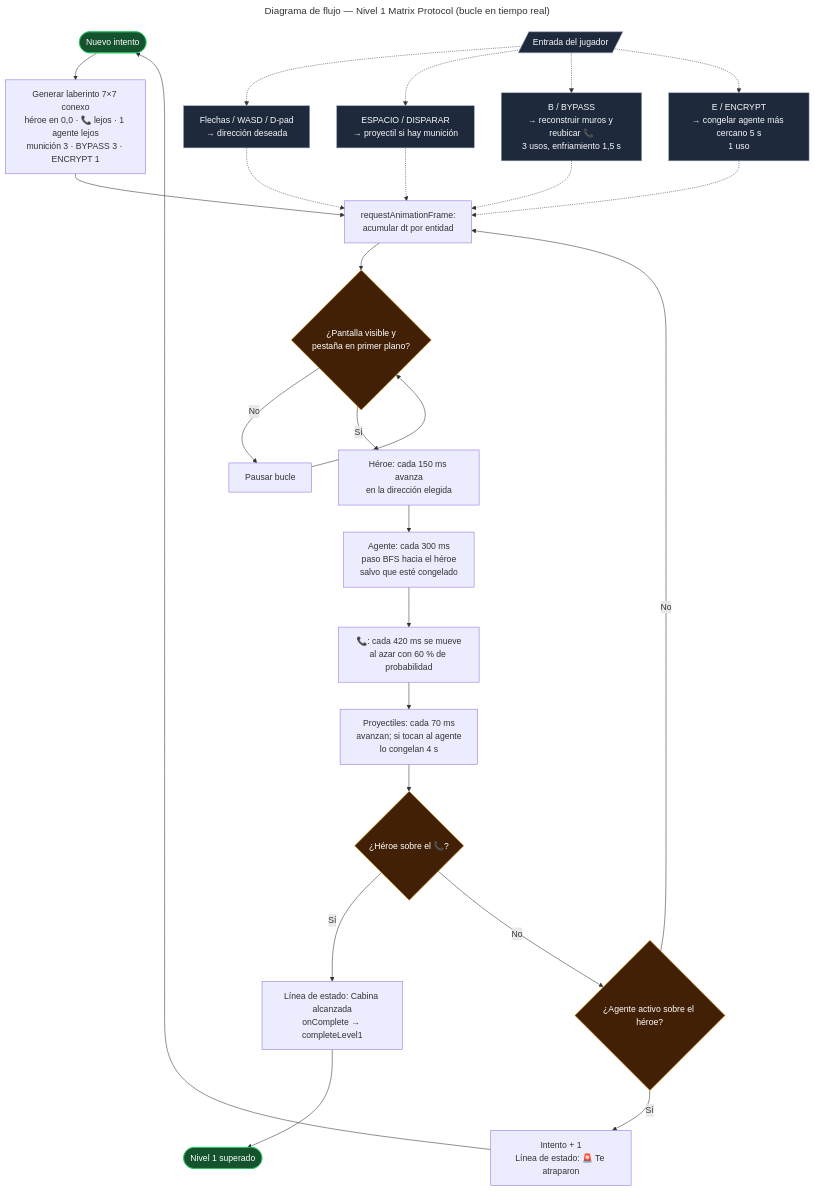
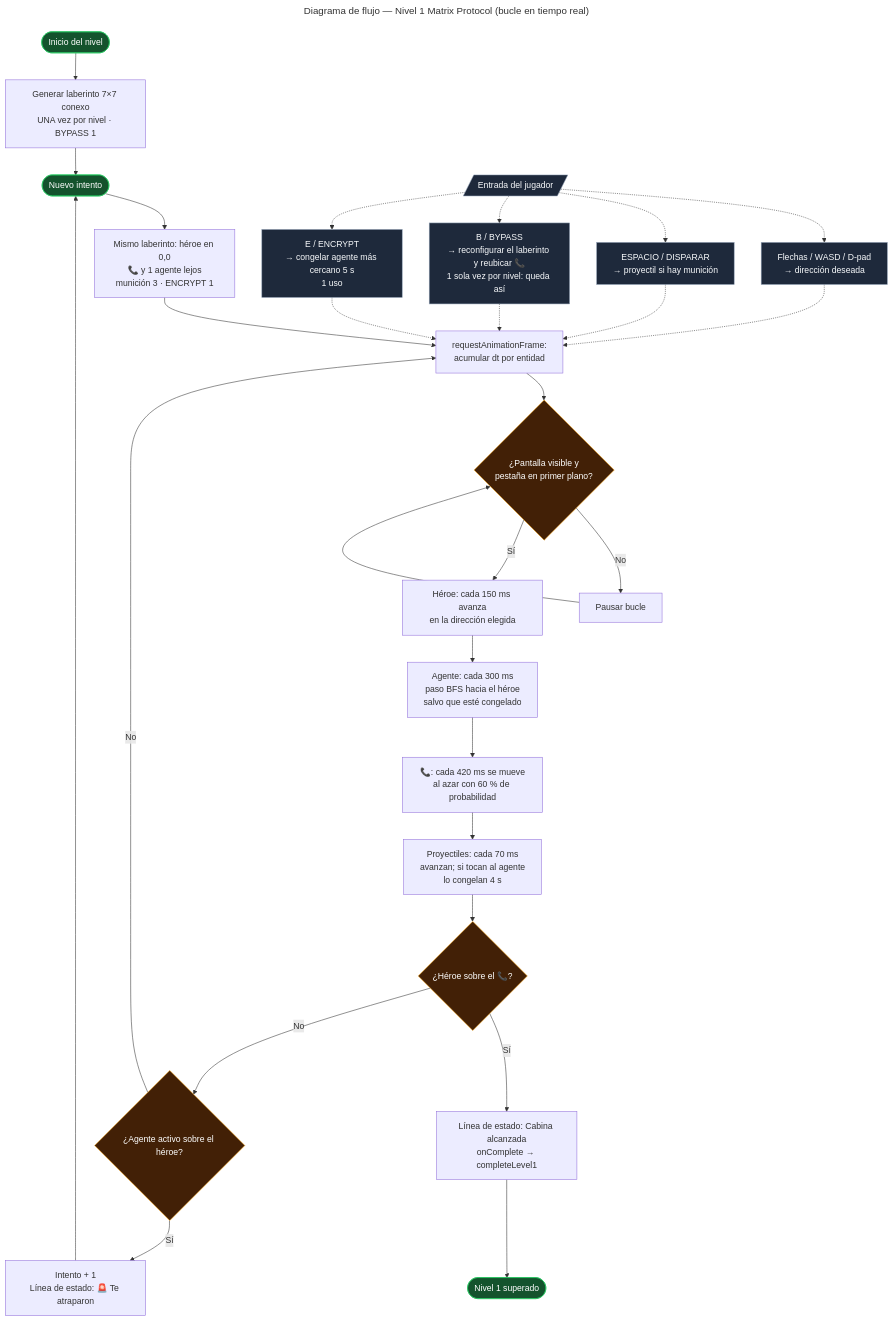
Before and after one commit to morphine75/escape_room: the diagram in docs/diagramas/fuentes/06-flujo-nivel1.mmd, drawn with Mermaid. The commit also changed 33 other files, not shown here.

```diff
--- a/docs/diagramas/fuentes/06-flujo-nivel1.mmd
+++ b/docs/diagramas/fuentes/06-flujo-nivel1.mmd
@@ -1,30 +1,32 @@
 ---
 title: Diagrama de flujo — Nivel 1 Matrix Protocol (bucle en tiempo real)
 ---
 flowchart TD
-  A([Nuevo intento]) --> G[Generar laberinto 7×7 conexo<br/>héroe en 0,0 · 📞 lejos · 1 agente lejos<br/>munición 3 · BYPASS 3 · ENCRYPT 1]
+  S0([Inicio del nivel]) --> GEN[Generar laberinto 7×7 conexo<br/>UNA vez por nivel · BYPASS 1]
+  GEN --> A([Nuevo intento])
+  A --> G[Mismo laberinto: héroe en 0,0<br/>📞 y 1 agente lejos<br/>munición 3 · ENCRYPT 1]
   G --> F[requestAnimationFrame:<br/>acumular dt por entidad]
   F --> V{¿Pantalla visible y<br/>pestaña en primer plano?}
   V -- No --> P[Pausar bucle] --> V
   V -- Sí --> H[Héroe: cada 150 ms avanza<br/>en la dirección elegida]
   H --> AG[Agente: cada 300 ms<br/>paso BFS hacia el héroe<br/>salvo que esté congelado]
   AG --> PH[📞: cada 420 ms se mueve<br/>al azar con 60 % de probabilidad]
   PH --> PR[Proyectiles: cada 70 ms<br/>avanzan; si tocan al agente<br/>lo congelan 4 s]
   PR --> C1{¿Héroe sobre el 📞?}
   C1 -- Sí --> WIN[Línea de estado: Cabina alcanzada<br/>onComplete → completeLevel1] --> FIN([Nivel 1 superado])
   C1 -- No --> C2{¿Agente activo sobre el héroe?}
   C2 -- Sí --> CAUGHT[Intento + 1<br/>Línea de estado: 🚨 Te atraparon] --> A
   C2 -- No --> F
 
   IN[/Entrada del jugador/] -.-> D1[Flechas / WASD / D-pad<br/>→ dirección deseada]
   IN -.-> D2[ESPACIO / DISPARAR<br/>→ proyectil si hay munición]
-  IN -.-> D3[B / BYPASS<br/>→ reconstruir muros y reubicar 📞<br/>3 usos, enfriamiento 1,5 s]
+  IN -.-> D3[B / BYPASS<br/>→ reconfigurar el laberinto y reubicar 📞<br/>1 sola vez por nivel: queda así]
   IN -.-> D4[E / ENCRYPT<br/>→ congelar agente más cercano 5 s<br/>1 uso]
   D1 & D2 & D3 & D4 -.-> F
 
   classDef term fill:#14532d,stroke:#22c55e,color:#fff
   classDef dec fill:#422006,stroke:#f59e0b,color:#fff
   classDef input fill:#1e293b,stroke:#94a3b8,color:#f8fafc
-  class A,FIN term
+  class S0,A,FIN term
   class V,C1,C2 dec
   class IN,D1,D2,D3,D4 input
```
